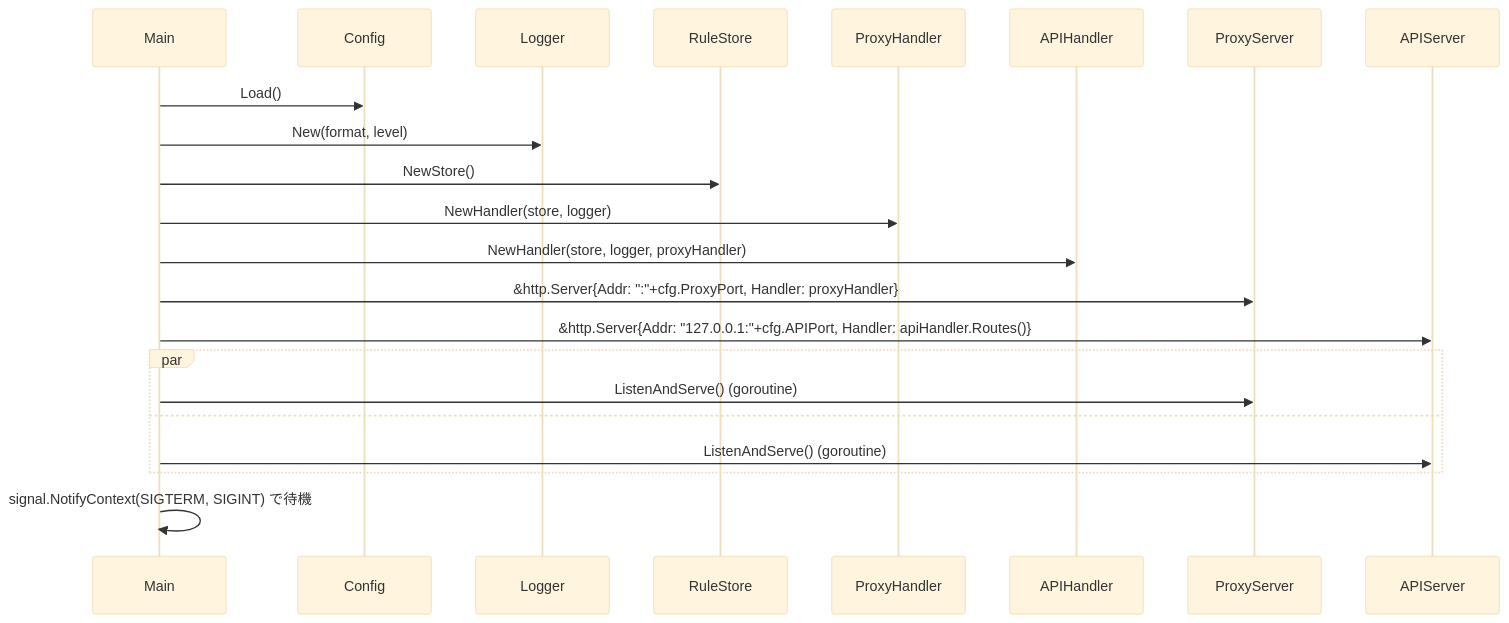
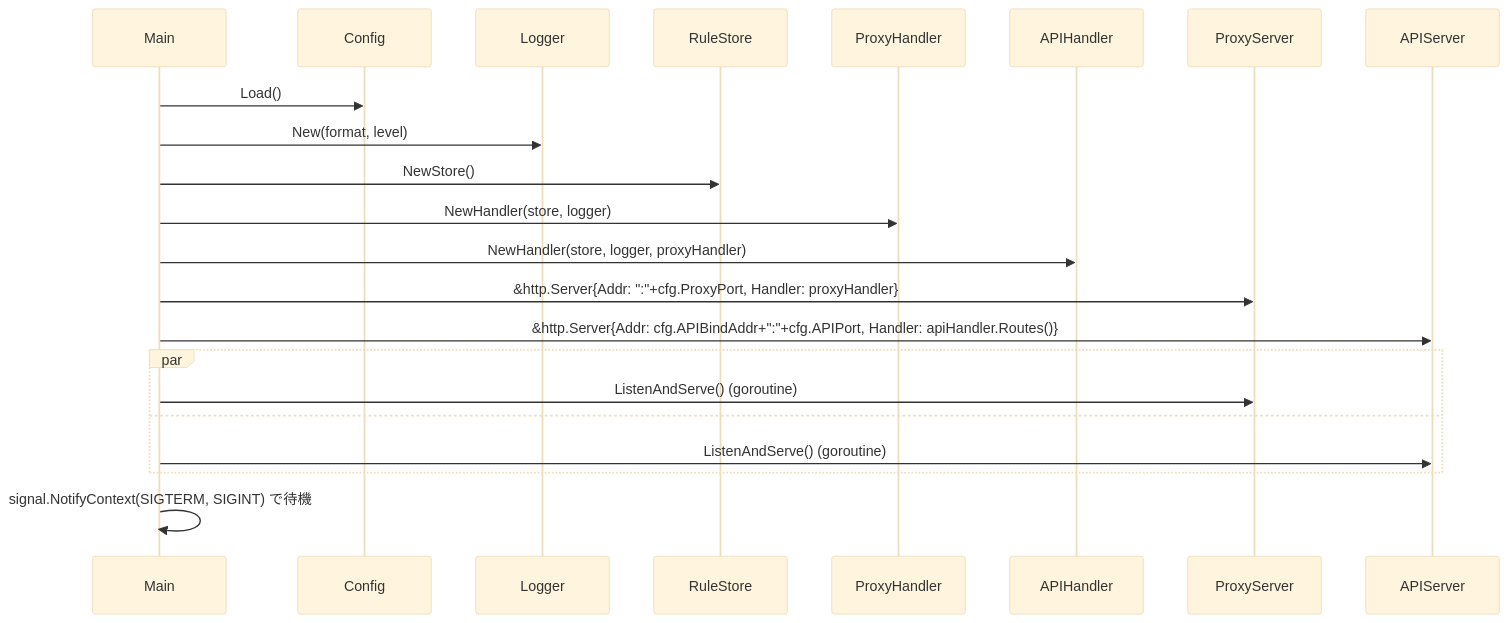
The first of 2 diagrams in docs/sdd/design/components/server.md (windschord/network-filter-proxy), drawn with Mermaid (base theme) before and after one commit. The commit also changed other lines of this file and 24 other files, not shown here.

First line of the commit message:
feat: Implement all SDD tasks including API_BIND_ADDR and healthcheck (#5, #6) (#7)

````diff
--- a/docs/sdd/design/components/server.md
+++ b/docs/sdd/design/components/server.md
@@ -38,25 +40,25 @@
 ```mermaid
 sequenceDiagram
     participant Main
     participant Config
     participant Logger
     participant RuleStore
     participant ProxyHandler
     participant APIHandler
     participant ProxyServer
     participant APIServer
 
     Main->>Config: Load()
     Main->>Logger: New(format, level)
     Main->>RuleStore: NewStore()
     Main->>ProxyHandler: NewHandler(store, logger)
     Main->>APIHandler: NewHandler(store, logger, proxyHandler)
     Main->>ProxyServer: &http.Server{Addr: ":"+cfg.ProxyPort, Handler: proxyHandler}
-    Main->>APIServer: &http.Server{Addr: "127.0.0.1:"+cfg.APIPort, Handler: apiHandler.Routes()}
+    Main->>APIServer: &http.Server{Addr: cfg.APIBindAddr+":"+cfg.APIPort, Handler: apiHandler.Routes()}
     par
         Main->>ProxyServer: ListenAndServe() (goroutine)
     and
         Main->>APIServer: ListenAndServe() (goroutine)
     end
     Main->>Main: signal.NotifyContext(SIGTERM, SIGINT) で待機
 ```
````
